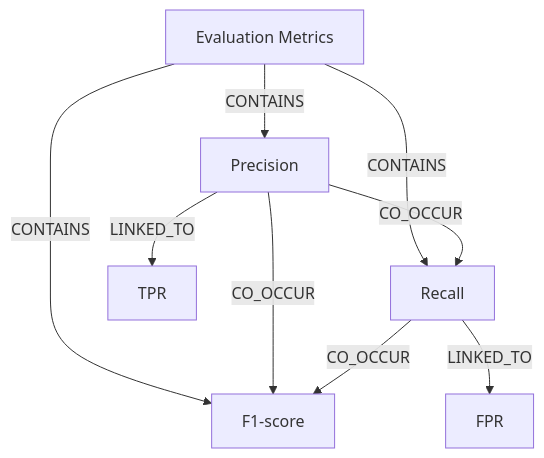
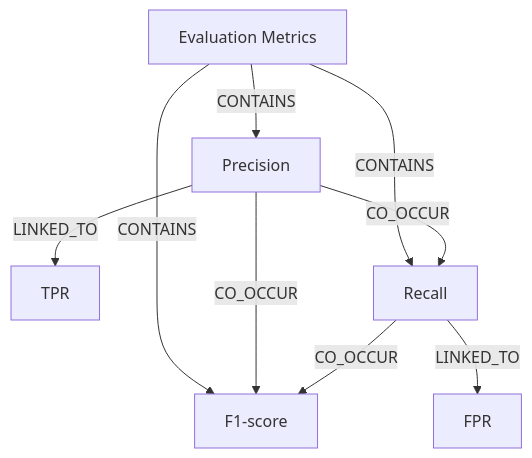
One commit to ankit-sengupta05/cyborg changed the diagram in AI_OS/Ontology/Ontology_Metrics.md. Above: the diagram before and after it, drawn with Mermaid. The commit also changed other lines of this file and 12 other files, not shown here.

````diff
--- a/AI_OS/Ontology/Ontology_Metrics.md
+++ b/AI_OS/Ontology/Ontology_Metrics.md
@@ -26,17 +26,17 @@
 ```mermaid
 graph TD
-    n0["FPR"]
-    n1["Recall"]
+    n0["Precision"]
+    n1["TPR"]
     n2["F1-score"]
     n3["Evaluation Metrics"]
-    n4["Precision"]
-    n5["TPR"]
-    n3 -->|CONTAINS| n4
-    n3 -->|CONTAINS| n1
+    n4["FPR"]
+    n5["Recall"]
+    n3 -->|CONTAINS| n0
+    n3 -->|CONTAINS| n5
     n3 -->|CONTAINS| n2
-    n4 -->|CO_OCCUR| n1
-    n4 -->|CO_OCCUR| n2
-    n1 -->|CO_OCCUR| n2
-    n4 -->|LINKED_TO| n5
-    n1 -->|LINKED_TO| n0
+    n0 -->|CO_OCCUR| n5
+    n0 -->|CO_OCCUR| n2
+    n5 -->|CO_OCCUR| n2
+    n0 -->|LINKED_TO| n1
+    n5 -->|LINKED_TO| n4
 ```
````
